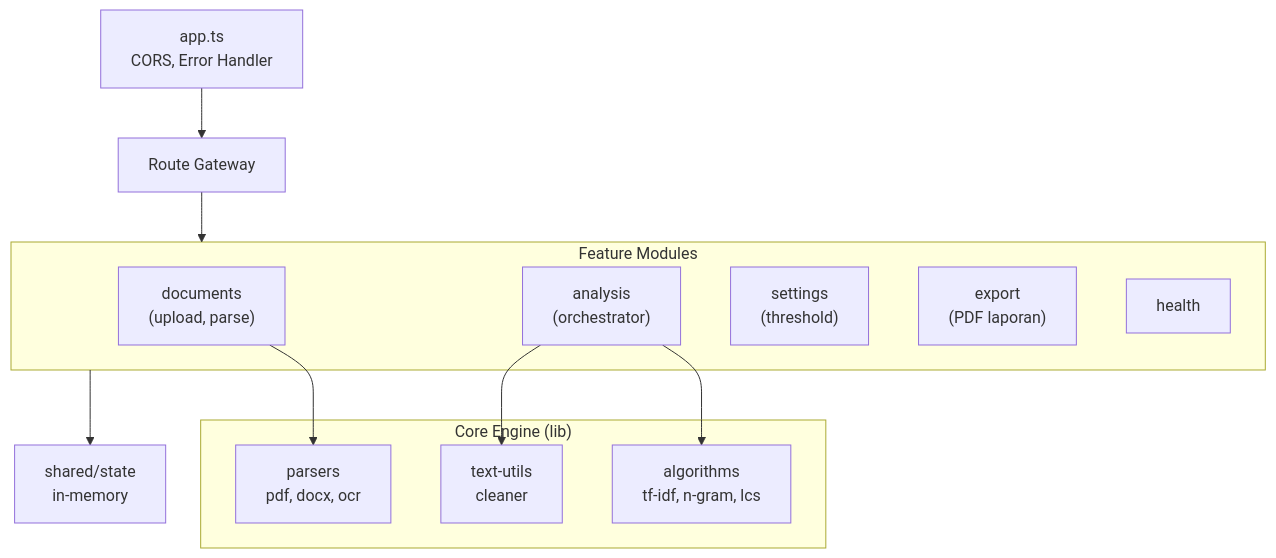
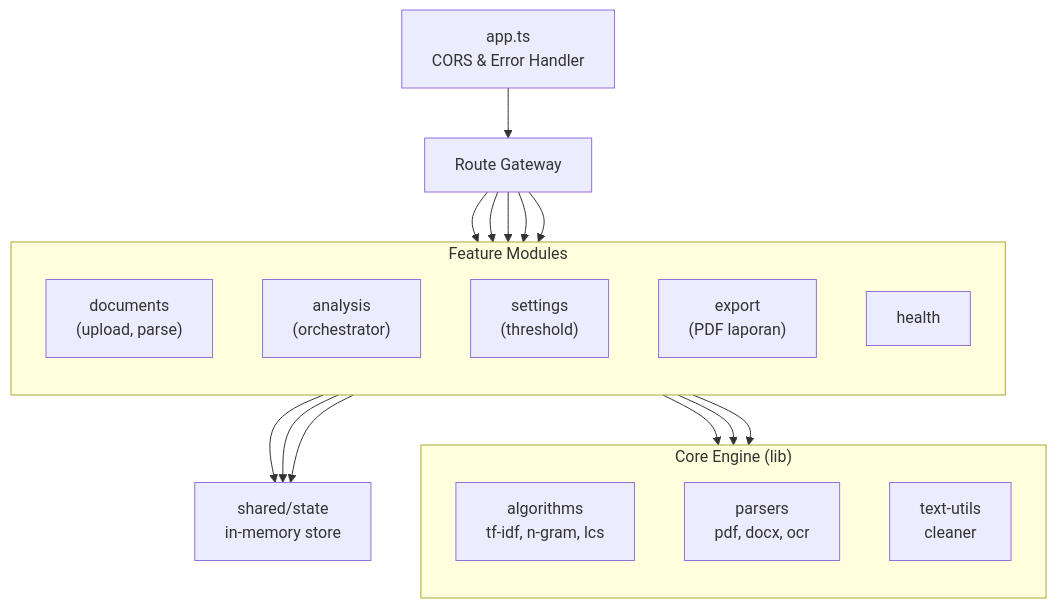
One commit to zenith-id/plagiarism-checker changed the first of 3 diagrams in README.md. Above: the diagram before and after it, drawn with Mermaid. The commit also changed other lines of this file, not shown here.

Commit message:
docs(readme): perjelas diagram arsitektur root

````diff
--- a/README.md
+++ b/README.md
@@ -64,28 +68,36 @@
 ```mermaid
 flowchart TD
-    APP["app.ts<br/>CORS, Error Handler"]
+    APP["app.ts<br/>CORS & Error Handler"]
     GW["Route Gateway"]
 
     subgraph M["Feature Modules"]
+        direction TB
         DOC["documents<br/>(upload, parse)"]
         ANL["analysis<br/>(orchestrator)"]
         SET["settings<br/>(threshold)"]
         EXP["export<br/>(PDF laporan)"]
         HTH["health"]
     end
 
     subgraph C["Core Engine (lib)"]
+        direction TB
         ALG["algorithms<br/>tf-idf, n-gram, lcs"]
         PAR["parsers<br/>pdf, docx, ocr"]
         TXT["text-utils<br/>cleaner"]
     end
 
-    ST["shared/state<br/>in-memory"]
+    ST["shared/state<br/>in-memory store"]
 
     APP --> GW
-    GW --> M
+    GW --> DOC
+    GW --> ANL
+    GW --> SET
+    GW --> EXP
+    GW --> HTH
     ANL --> ALG
     ANL --> TXT
     DOC --> PAR
-    M --> ST
+    DOC --> ST
+    ANL --> ST
+    SET --> ST
 ```
````
